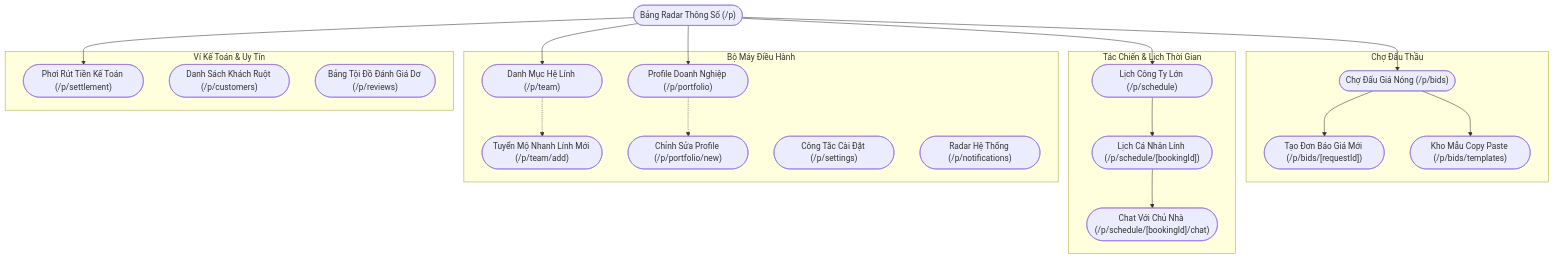
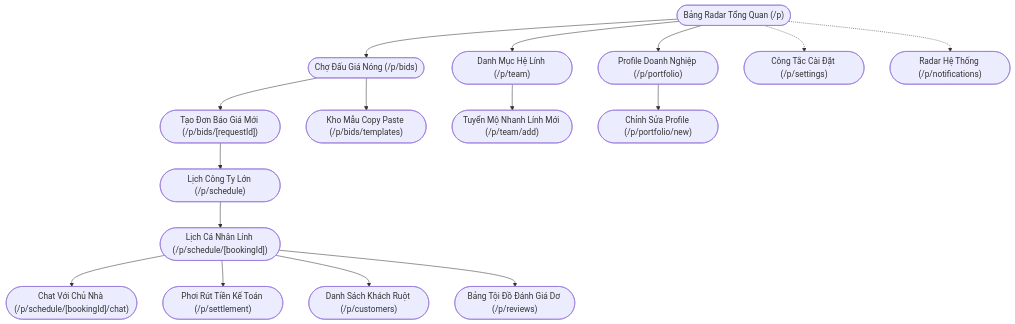
The diagram in Analysis/08_User_Flow_Vector_Diagrams_VI/02_Doi_Tac_Partner.md (oniiyachan/analysis), drawn with Mermaid before and after one commit. The commit also changed 6 other files, not shown here.

````diff
--- a/Analysis/08_User_Flow_Vector_Diagrams_VI/02_Doi_Tac_Partner.md
+++ b/Analysis/08_User_Flow_Vector_Diagrams_VI/02_Doi_Tac_Partner.md
@@ -4,37 +4,29 @@
 ```mermaid
 graph TD
-    D(["Bảng Radar Thông Số (/p)"])
+    D(["Bảng Radar Tổng Quan (/p)"])
 
-    subgraph Bidding_Zone [Chợ Đấu Thầu]
-        B1(["Chợ Đấu Giá Nóng (/p/bids)"])
-        B2(["Tạo Đơn Báo Giá Mới (/p/bids/[requestId])"])
-        B3(["Kho Mẫu Copy Paste (/p/bids/templates)"])
-    end
+    %% Chợ Bids
+    D --> B1(["Chợ Đấu Giá Nóng (/p/bids)"])
+    B1 --> B2(["Tạo Đơn Báo Giá Mới (/p/bids/[requestId])"])
+    B1 --> B3(["Kho Mẫu Copy Paste (/p/bids/templates)"])
 
-    subgraph Operations [Tác Chiến & Lịch Thời Gian]
-        S1(["Lịch Công Ty Lớn (/p/schedule)"])
-        S2(["Lịch Cá Nhân Lính (/p/schedule/[bookingId])"])
-        S3(["Chat Với Chủ Nhà (/p/schedule/[bookingId]/chat)"])
-    end
+    %% Lịch Trình
+    B2 --> S1(["Lịch Công Ty Lớn (/p/schedule)"])
+    S1 --> S2(["Lịch Cá Nhân Lính (/p/schedule/[bookingId])"])
+    S2 --> S3(["Chat Với Chủ Nhà (/p/schedule/[bookingId]/chat)"])
+    
+    %% Kế Toán & Uy Tín
+    S2 --> F1(["Phơi Rút Tiền Kế Toán (/p/settlement)"])
+    S2 --> C1(["Danh Sách Khách Ruột (/p/customers)"])
+    S2 --> R1(["Bảng Tội Đồ Đánh Giá Dơ (/p/reviews)"])
 
-    subgraph Company_Mgmt [Bộ Máy Điều Hành]
-        T1(["Danh Mục Hệ Lính (/p/team)"])
-        T2(["Tuyển Mộ Nhanh Lính Mới (/p/team/add)"])
-        P1(["Profile Doanh Nghiệp (/p/portfolio)"])
-        P2(["Chỉnh Sửa Profile (/p/portfolio/new)"])
-        SET(["Công Tắc Cài Đặt (/p/settings)"])
-        NOT(["Radar Hệ Thống (/p/notifications)"])
-    end
-
-    subgraph Accounting_CRM [Ví Kế Toán & Uy Tín]
-        F1(["Phơi Rút Tiền Kế Toán (/p/settlement)"])
-        C1(["Danh Sách Khách Ruột (/p/customers)"])
-        R1(["Bảng Tội Đồ Đánh Giá Dơ (/p/reviews)"])
-    end
-
-    D --> B1 & S1 & F1 & T1 & P1
-    B1 --> B2 & B3
-    S1 --> S2 --> S3
-    T1 -.-> T2
-    P1 -.-> P2
+    %% Bộ Máy Điều Hành
+    D --> T1(["Danh Mục Hệ Lính (/p/team)"])
+    T1 --> T2(["Tuyển Mộ Nhanh Lính Mới (/p/team/add)"])
+    D --> P1(["Profile Doanh Nghiệp (/p/portfolio)"])
+    P1 --> P2(["Chỉnh Sửa Profile (/p/portfolio/new)"])
+    
+    %% System
+    D -.-> SET(["Công Tắc Cài Đặt (/p/settings)"])
+    D -.-> NOT(["Radar Hệ Thống (/p/notifications)"])
 ```
````
